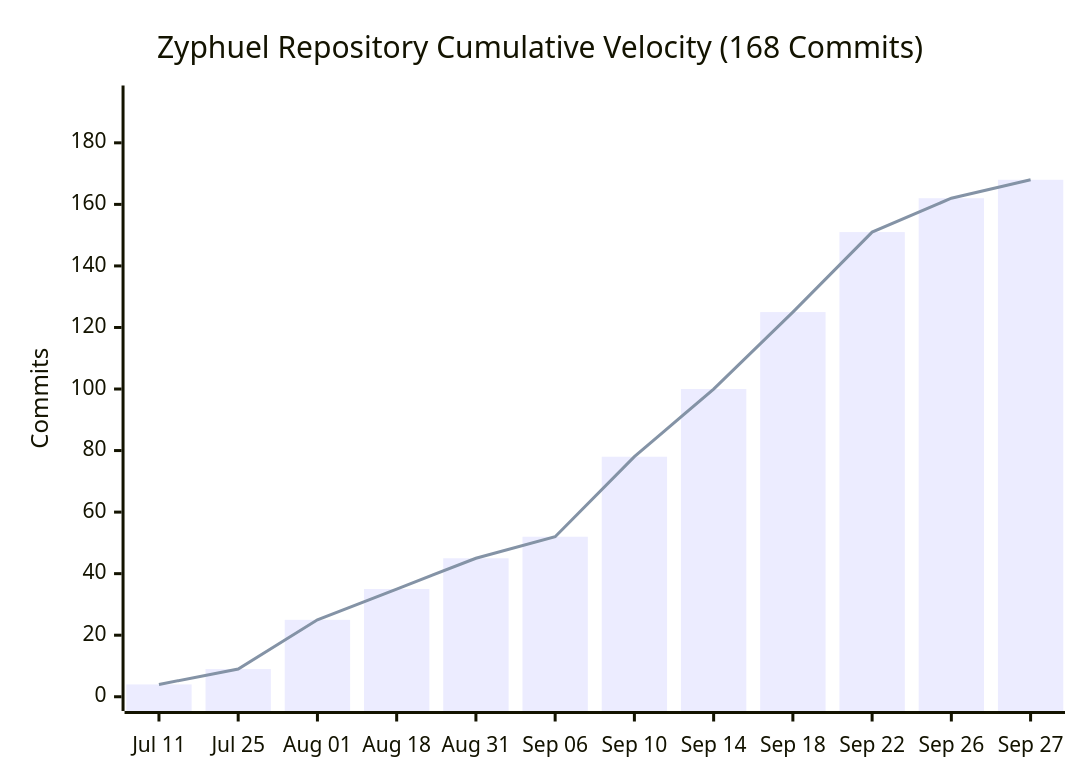
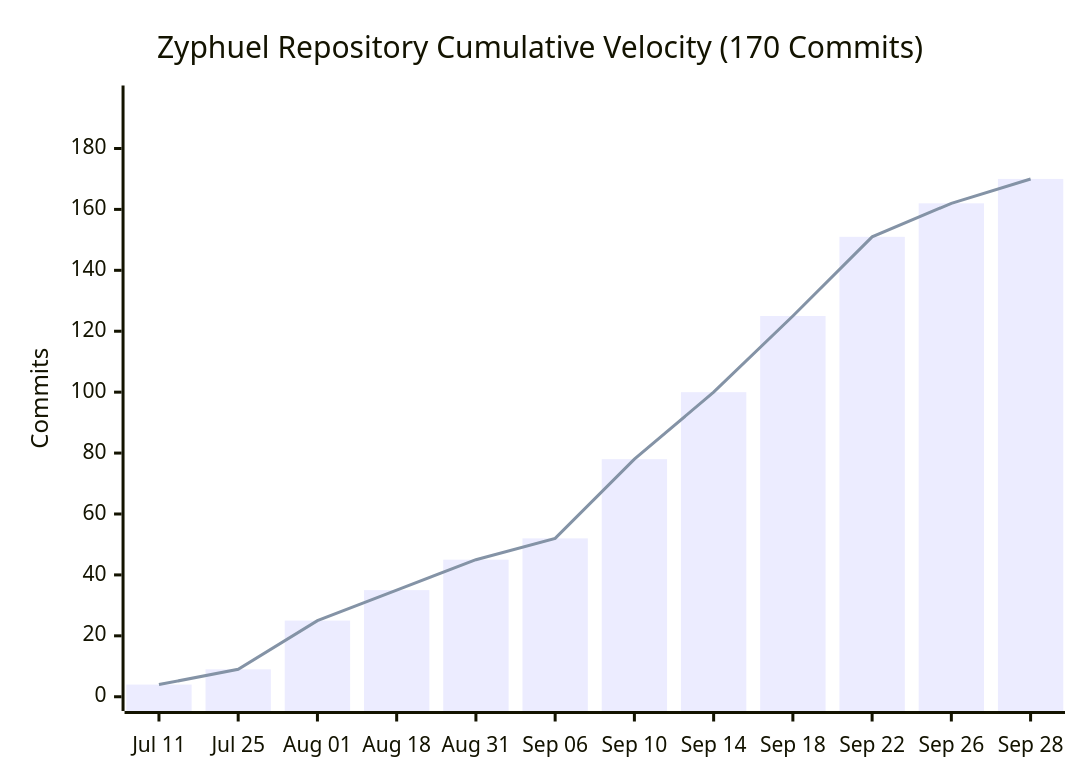
Before and after one commit to daniyal44/Zyphuel: the diagram in README.md, drawn with Mermaid. The commit also changed other lines of this file and 7 other files, not shown here.

Commit message:
chore(graph): auto-update github commit velocity graph [skip ci]

````diff
--- a/README.md
+++ b/README.md
@@ -155,8 +155,8 @@
 ```mermaid
 xychart-beta
-    title "Zyphuel Repository Cumulative Velocity (168 Commits)"
-    x-axis ["Jul 11", "Jul 25", "Aug 01", "Aug 18", "Aug 31", "Sep 06", "Sep 10", "Sep 14", "Sep 18", "Sep 22", "Sep 26", "Sep 27"]
-    y-axis "Commits" 0 --> 194
-    bar [4, 9, 25, 35, 45, 52, 78, 100, 125, 151, 162, 168]
-    line [4, 9, 25, 35, 45, 52, 78, 100, 125, 151, 162, 168]
+    title "Zyphuel Repository Cumulative Velocity (170 Commits)"
+    x-axis ["Jul 11", "Jul 25", "Aug 01", "Aug 18", "Aug 31", "Sep 06", "Sep 10", "Sep 14", "Sep 18", "Sep 22", "Sep 26", "Sep 28"]
+    y-axis "Commits" 0 --> 196
+    bar [4, 9, 25, 35, 45, 52, 78, 100, 125, 151, 162, 170]
+    line [4, 9, 25, 35, 45, 52, 78, 100, 125, 151, 162, 170]
 ```
````
